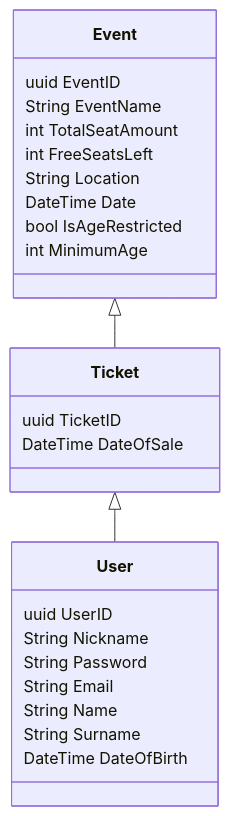
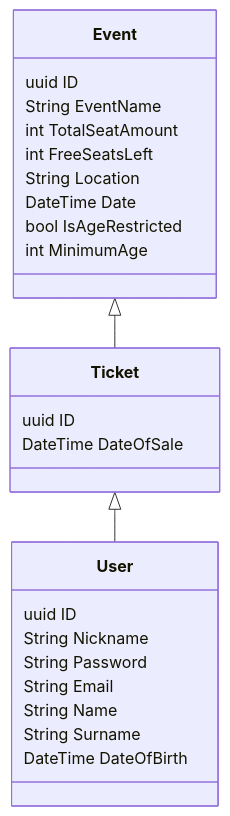
One commit to valiukasd/ktu-didvyriai changed the diagram in README.md. Above: the diagram before and after it, drawn with Mermaid.

Commit message:
Fixed ID names

````diff
--- a/README.md
+++ b/README.md
@@ -5,32 +5,32 @@
 ```mermaid
 classDiagram
 
     Event <|-- Ticket
     Ticket <|-- User
 
     class Event {
-        uuid EventID
+        uuid ID
         String EventName
         int TotalSeatAmount
         int FreeSeatsLeft
         String Location
         DateTime Date
         bool IsAgeRestricted
         int MinimumAge
     }
 
     class Ticket {
-        uuid TicketID 
+        uuid ID 
         DateTime DateOfSale
     }
 
     class User {
-        uuid UserID
+        uuid ID
         String Nickname
         String Password
         String Email
         String Name
         String Surname
         DateTime DateOfBirth
     }
 ```
````
